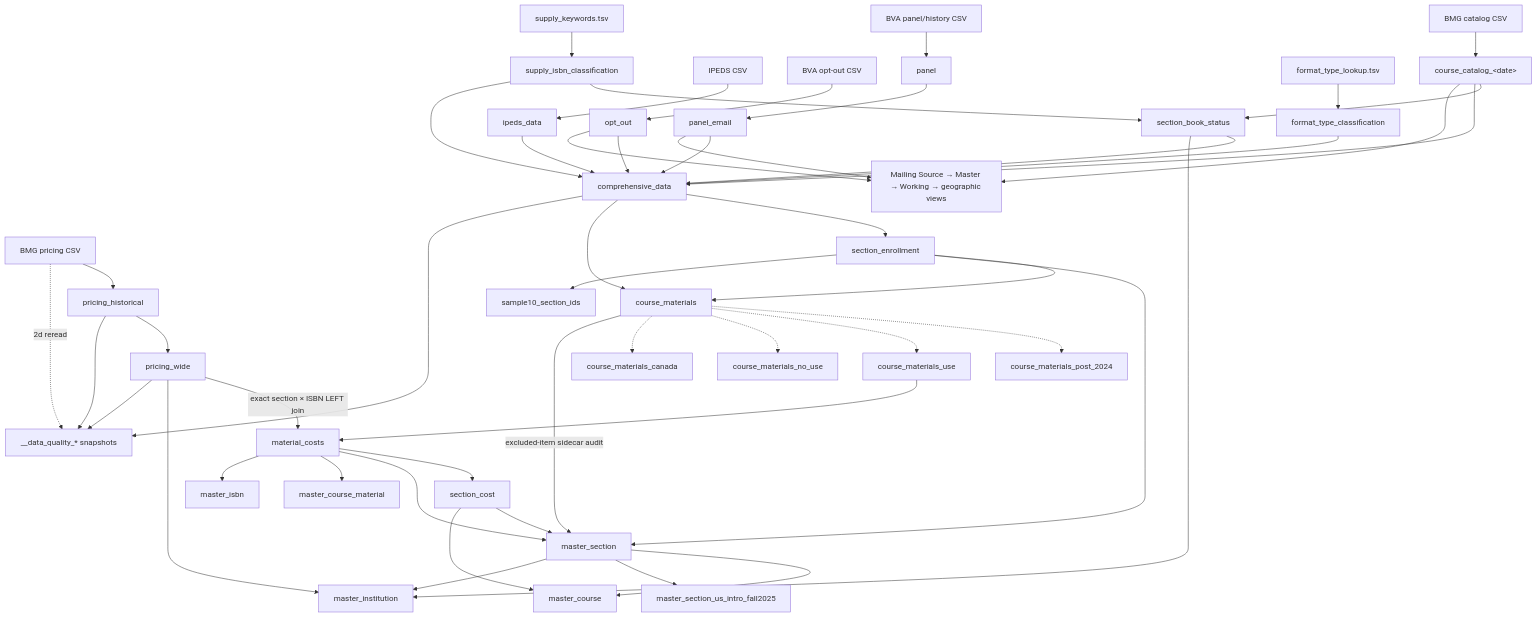
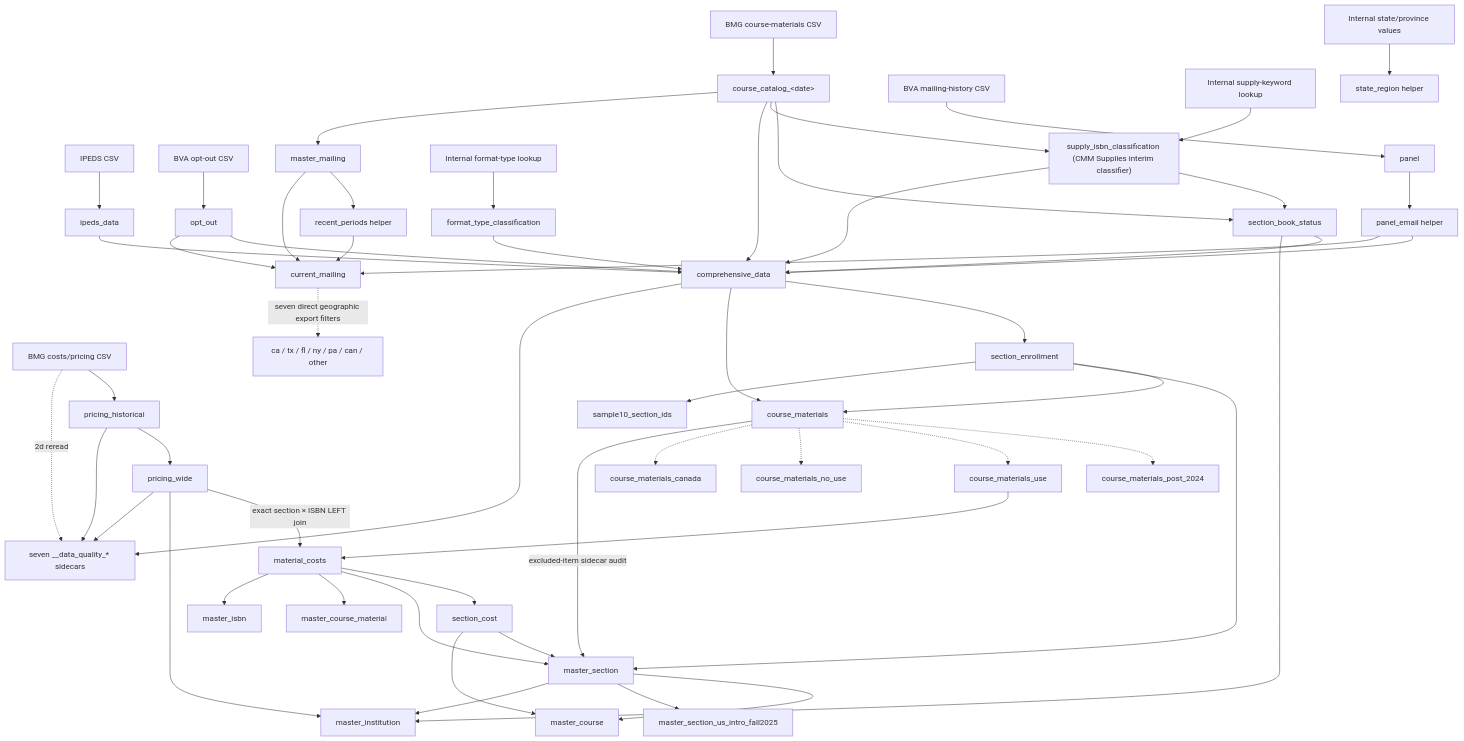
The second of 3 diagrams in SCHEMA.md (christopherseaman/commodoreSQL), drawn with Mermaid before and after one commit. The commit also changed other lines of this file and 39 other files, not shown here.

Commit message:
refactor: align database with current flow

````diff
--- a/SCHEMA.md
+++ b/SCHEMA.md
@@ -163,54 +171,59 @@
 ```mermaid
 flowchart TD
-    catalog_csv["BMG catalog CSV"] --> catalog["course_catalog_&lt;date&gt;"]
+    catalog_csv["BMG course-materials CSV"] --> catalog["course_catalog_&lt;date&gt;"]
     ipeds_csv["IPEDS CSV"] --> ipeds["ipeds_data"]
     optout_csv["BVA opt-out CSV"] --> optout["opt_out"]
-    panel_csv["BVA panel/history CSV"] --> panel["panel"] --> panel_email["panel_email"]
-    pricing_csv["BMG pricing CSV"] --> pricing["pricing_historical"] --> pw["pricing_wide"]
-    format_tsv["format_type_lookup.tsv"] --> format["format_type_classification"]
-    supply_tsv["supply_keywords.tsv"] --> supply["supply_isbn_classification"]
+    panel_csv["BVA mailing-history CSV"] --> panel["panel"] --> panel_email["panel_email helper"]
+    pricing_csv["BMG costs/pricing CSV"] --> pricing["pricing_historical"] --> pw["pricing_wide"]
+    format_tsv["Internal format-type lookup"] --> format["format_type_classification"]
+    supply_tsv["Internal supply-keyword lookup"] --> supply["supply_isbn_classification (CMM Supplies interim classifier)"]
+    region_values["Internal state/province values"] --> state_region["state_region helper"]
 
     catalog --> status["section_book_status"]
+    catalog --> supply
     supply --> status
     catalog --> comprehensive["comprehensive_data"]
     ipeds --> comprehensive
     optout --> comprehensive
     panel_email --> comprehensive
     format --> comprehensive
     supply --> comprehensive
     status --> comprehensive
 
     comprehensive --> enrollment["section_enrollment"]
     comprehensive --> materials["course_materials"]
     enrollment --> materials
     materials -.-> post24["course_materials_post_2024"]
     materials -.-> use["course_materials_use"]
     materials -.-> nouse["course_materials_no_use"]
     materials -.-> canada["course_materials_canada"]
 
-    catalog --> mailing["Mailing Source → Master → Working → geographic views"]
-    panel_email --> mailing
-    optout --> mailing
+    catalog --> mailing_master["master_mailing"] --> recent["recent_periods helper"]
+    mailing_master --> mailing_current["current_mailing"]
+    recent --> mailing_current
+    panel_email --> mailing_current
+    optout --> mailing_current
+    mailing_current -. "seven direct geographic export filters" .-> mailing_geo["ca / tx / fl / ny / pa / can / other"]
 
     use --> costs["material_costs"]
     pw -->|"exact section × ISBN LEFT join"| costs
     costs --> section_cost["section_cost"]
     costs --> master_section["master_section"]
     enrollment --> master_section
     section_cost --> master_section
     materials -->|"excluded-item sidecar audit"| master_section
     master_section --> master_course["master_course"]
     section_cost --> master_course
     costs --> master_course_material["master_course_material"]
     master_section --> report["master_section_us_intro_fall2025"]
     master_section --> master_institution["master_institution"]
     status --> master_institution
     pw --> master_institution
     costs --> master_isbn["master_isbn"]
     enrollment --> sample["sample10_section_ids"]
 
-    comprehensive --> dq["__data_quality_* snapshots"]
+    comprehensive --> dq["seven __data_quality_* sidecars"]
     pricing --> dq
     pw --> dq
     pricing_csv -. "2d reread" .-> dq
 ```
````
